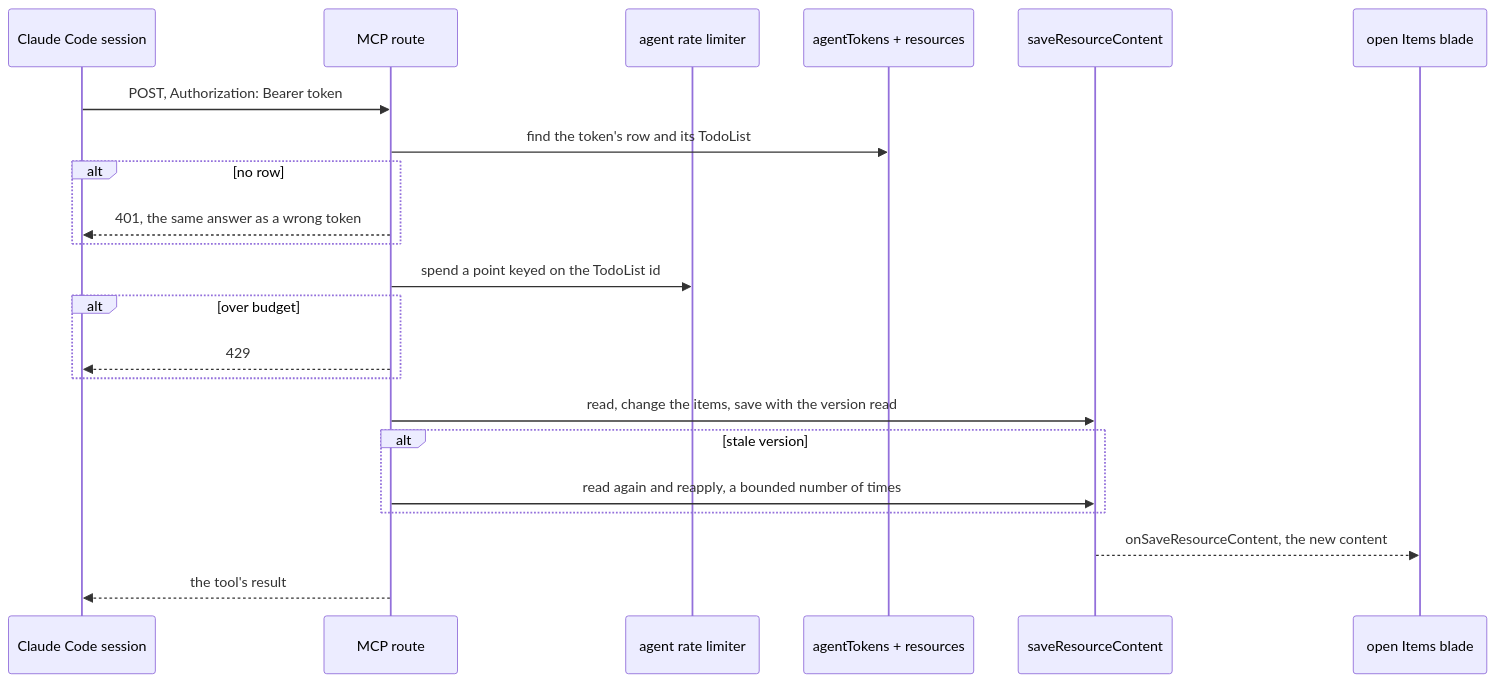
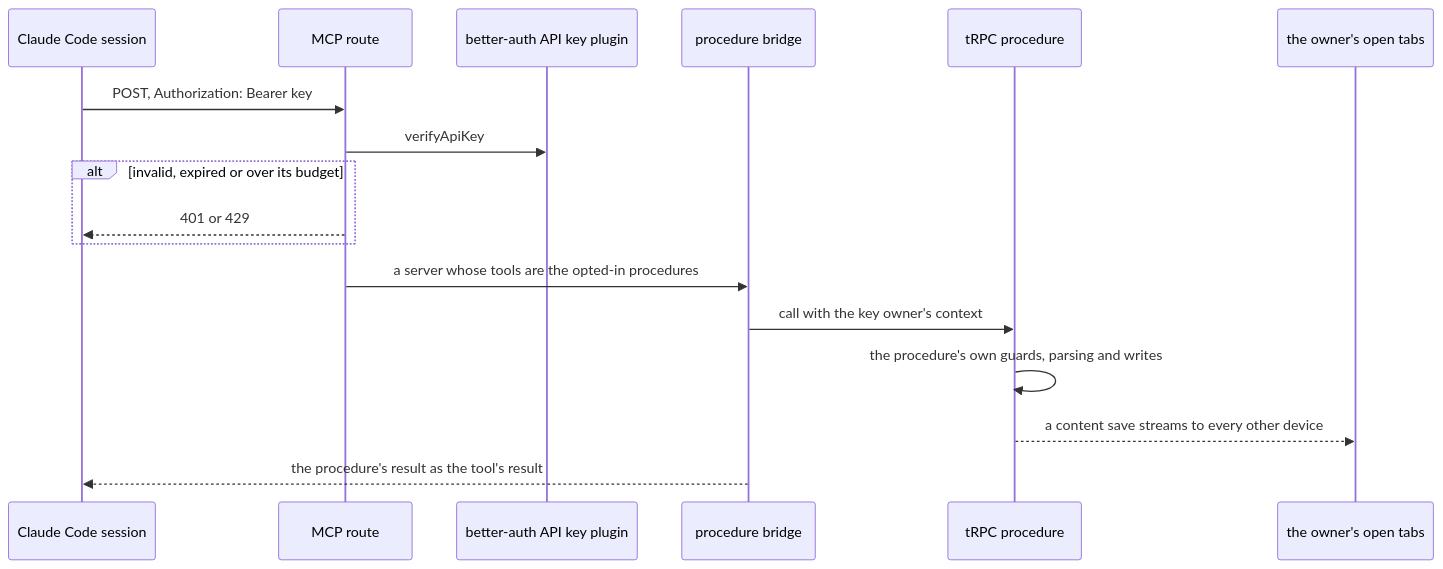
One commit to Esposter/Esposter changed the diagram in apps/web/content/docs/proposals/resource/todolist-agent-follow-ups/agent-access.md. Above: the diagram before and after it, drawn with Mermaid. The commit also changed other lines of this file and 4 other files, not shown here.

First line of the commit message:
docs(resource): revise agent access to an API key and a procedure bridge

````diff
--- a/apps/web/content/docs/proposals/resource/todolist-agent-follow-ups/agent-access.md
+++ b/apps/web/content/docs/proposals/resource/todolist-agent-follow-ups/agent-access.md
@@ -28,25 +29,20 @@
 ```mermaid
 sequenceDiagram
   participant S as Claude Code session
   participant R as MCP route
-  participant L as agent rate limiter
-  participant DB as agentTokens + resources
-  participant SV as saveResourceContent
-  participant P as open Items blade
+  participant K as better-auth API key plugin
+  participant B as procedure bridge
+  participant P as tRPC procedure
+  participant O as the owner's open tabs
 
-  S->>R: POST, Authorization: Bearer token
-  R->>DB: find the token's row and its TodoList
-  alt no row
-    R-->>S: 401, the same answer as a wrong token
+  S->>R: POST, Authorization: Bearer key
+  R->>K: verifyApiKey
+  alt invalid, expired or over its budget
+    R-->>S: 401 or 429
   end
-  R->>L: spend a point keyed on the TodoList id
-  alt over budget
-    R-->>S: 429
-  end
-  R->>SV: read, change the items, save with the version read
-  alt stale version
-    R->>SV: read again and reapply, a bounded number of times
-  end
-  SV-->>P: onSaveResourceContent, the new content
-  R-->>S: the tool's result
+  R->>B: a server whose tools are the opted-in procedures
+  B->>P: call with the key owner's context
+  P->>P: the procedure's own guards, parsing and writes
+  P-->>O: a content save streams to every other device
+  B-->>S: the procedure's result as the tool's result
 ```
````
